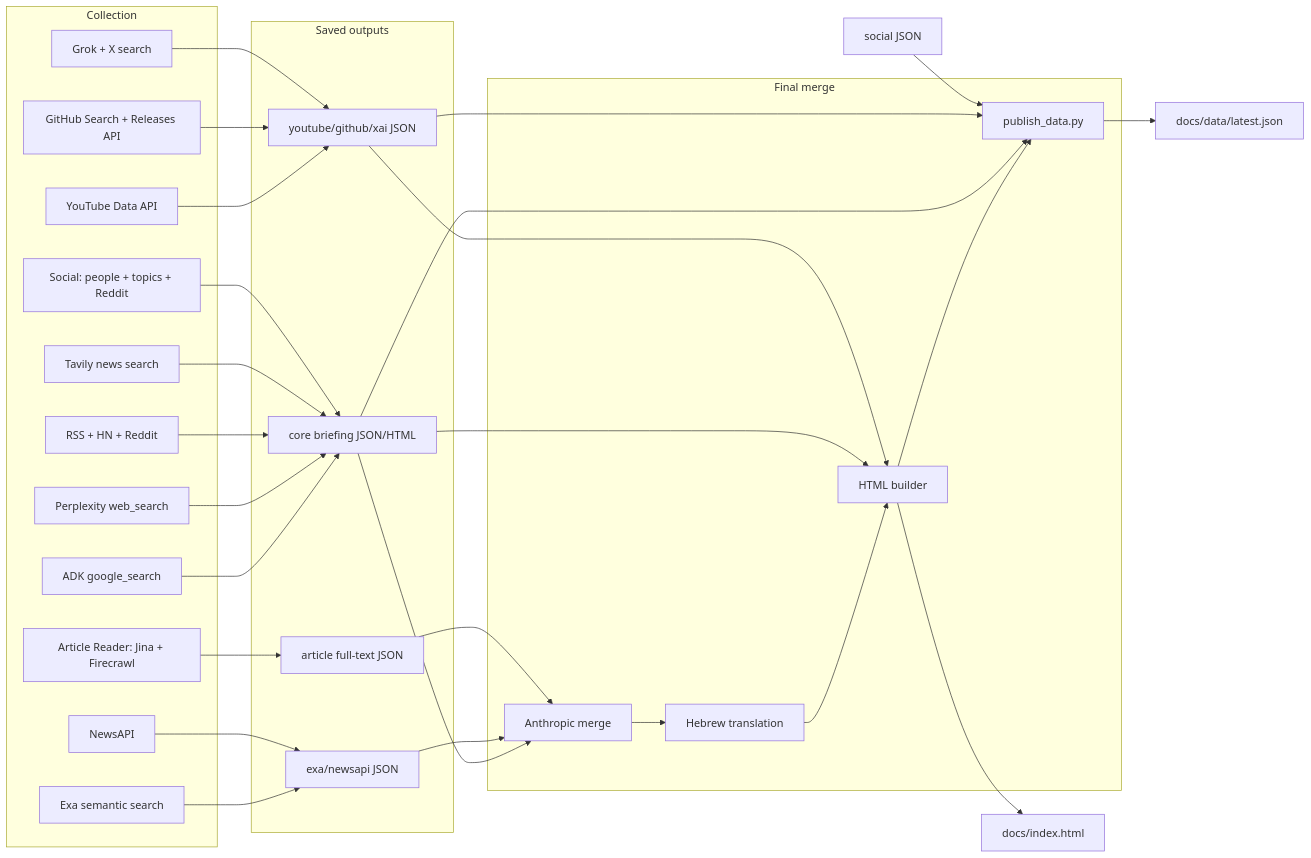
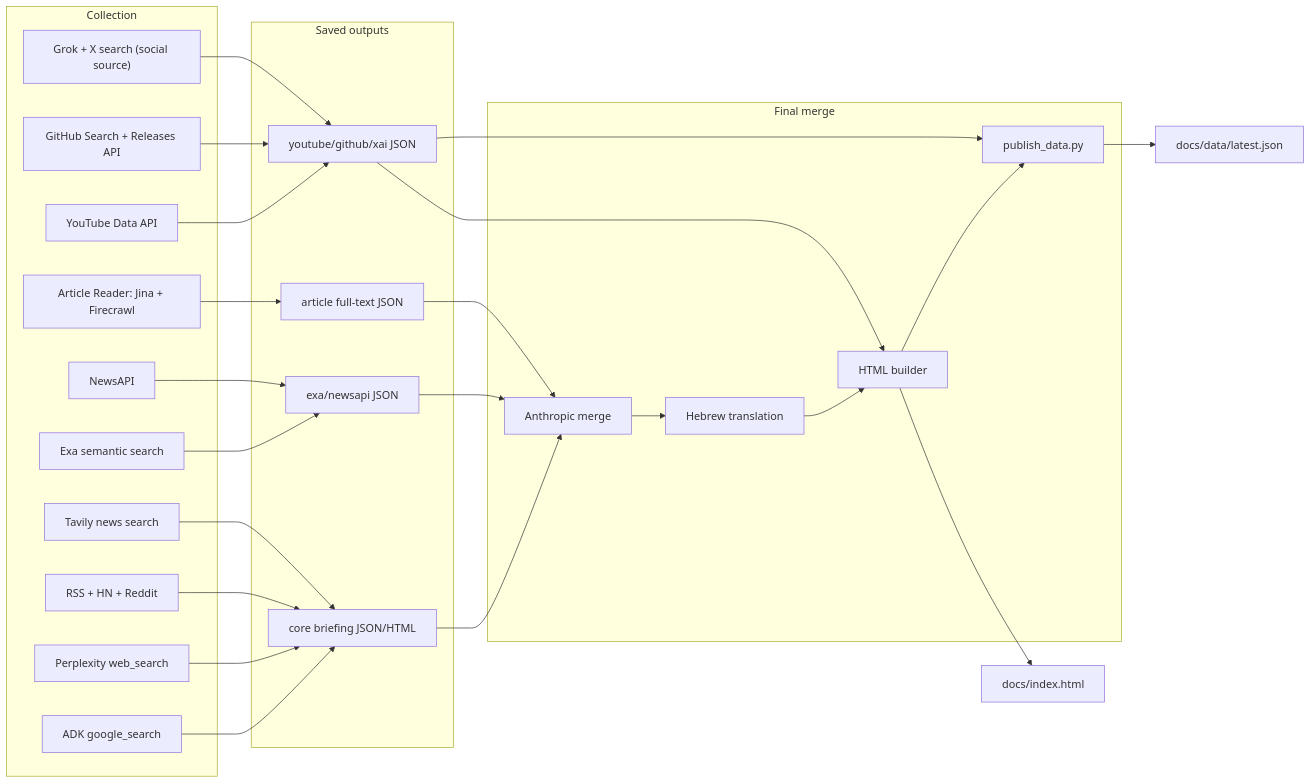
Before and after one commit to kobyal/ai-news-briefing: the second of 14 diagrams in README.md, drawn with Mermaid. The commit also changed other lines of this file and 171 other files, not shown here.

````diff
--- a/README.md
+++ b/README.md
@@ -108,57 +104,52 @@
 ```mermaid
 flowchart LR
     subgraph collect["Collection"]
         A1["ADK google_search"]
         A2["Perplexity web_search"]
         A3["RSS + HN + Reddit"]
         A4["Tavily news search"]
-        A5["Social: people + topics + Reddit"]
         A6["Exa semantic search"]
         A7["NewsAPI"]
         A8["YouTube Data API"]
         A9["GitHub Search + Releases API"]
-        A10["Grok + X search"]
+        A10["Grok + X search (social source)"]
         A11["Article Reader: Jina + Firecrawl"]
     end
 
     subgraph save["Saved outputs"]
         J1["core briefing JSON/HTML"]
         J2["exa/newsapi JSON"]
         J3["youtube/github/xai JSON"]
         J4["article full-text JSON"]
     end
 
     subgraph merge["Final merge"]
         M1["Anthropic merge"]
         M2["Hebrew translation"]
         M3["HTML builder"]
         M4["publish_data.py"]
     end
 
     A1 --> J1
     A2 --> J1
     A3 --> J1
     A4 --> J1
-    A5 --> J1
     A6 --> J2
     A7 --> J2
     A8 --> J3
     A9 --> J3
     A10 --> J3
     A11 --> J4
 
     J1 --> M1
     J2 --> M1
     J4 --> M1
     M1 --> M2
     M2 --> M3
-    J1 --> M3
     J3 --> M3
     M3 --> O1["docs/index.html"]
 
     M3 --> M4
-    J1 --> M4
     J3 --> M4
-    O2["social JSON"] --> M4
     M4 --> O3["docs/data/latest.json"]
 ```
````
